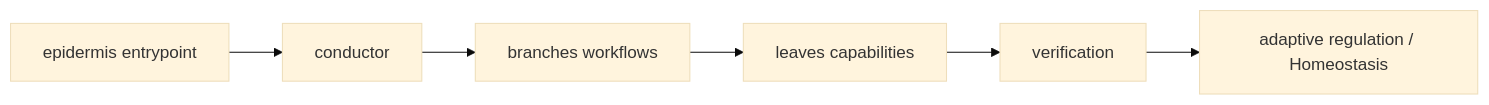
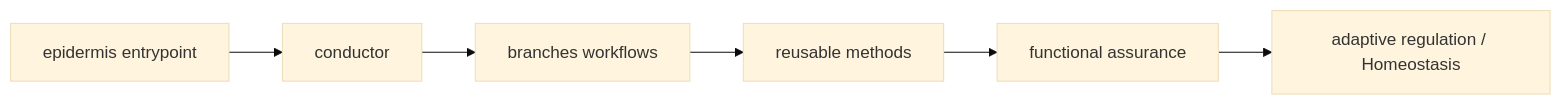
Before and after one commit to ignivivo/Chohogi: the diagram in docs/chohogi/genome-map.md, drawn with Mermaid (base theme). The commit also changed other lines of this file and 40 other files, not shown here.

Commit message:
Establish functional assurance boundaries

````diff
--- a/docs/chohogi/genome-map.md
+++ b/docs/chohogi/genome-map.md
@@ -7,8 +7,8 @@
 ```mermaid
 flowchart LR
   E[epidermis entrypoint] --> C[conductor]
   C --> W[branches workflows]
-  W --> L[leaves capabilities]
-  L --> V[verification]
-  V --> H[adaptive regulation / Homeostasis]
+  W --> M[reusable methods]
+  M --> F[functional assurance]
+  F --> H[adaptive regulation / Homeostasis]
 ```
````
